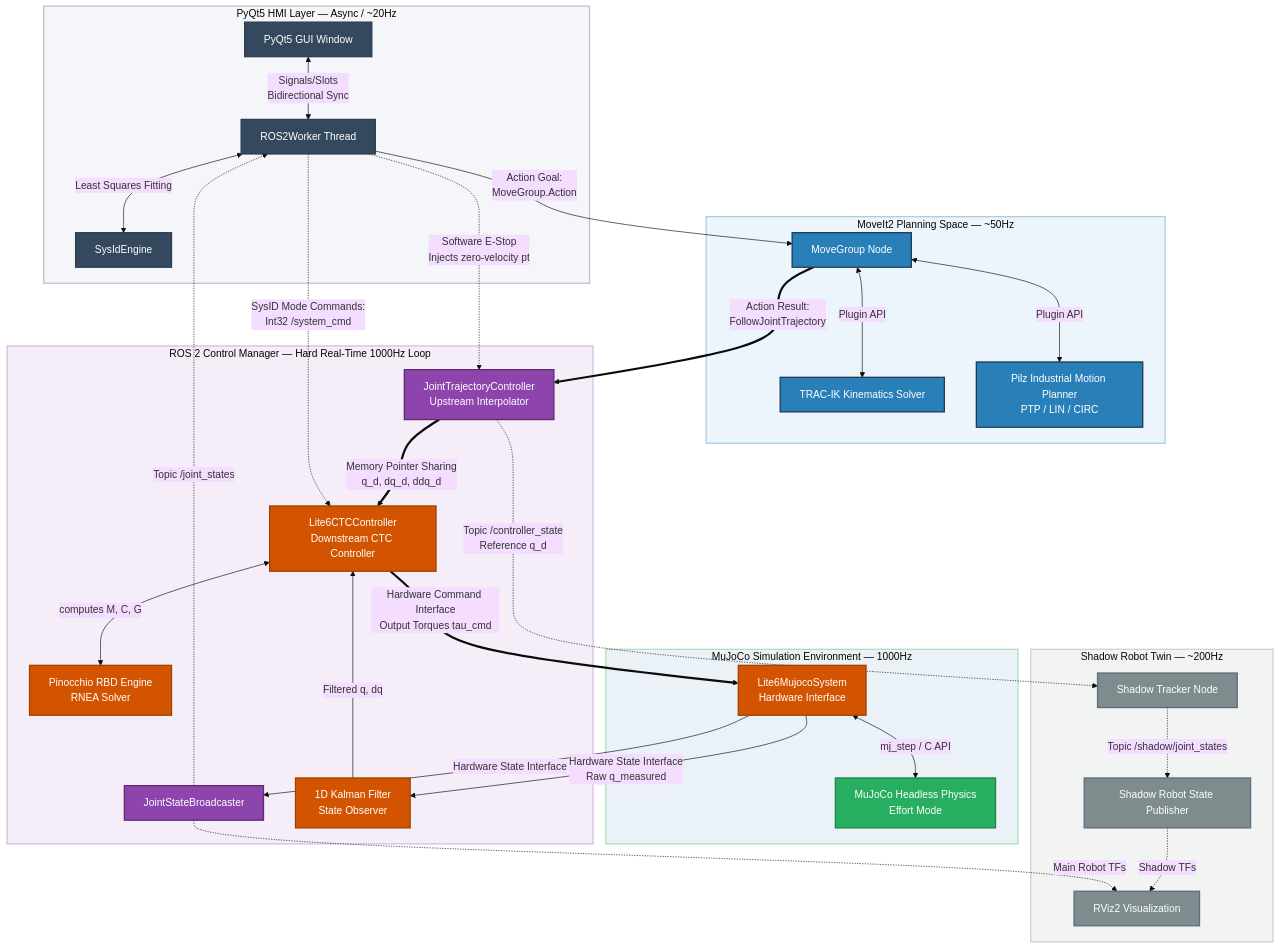
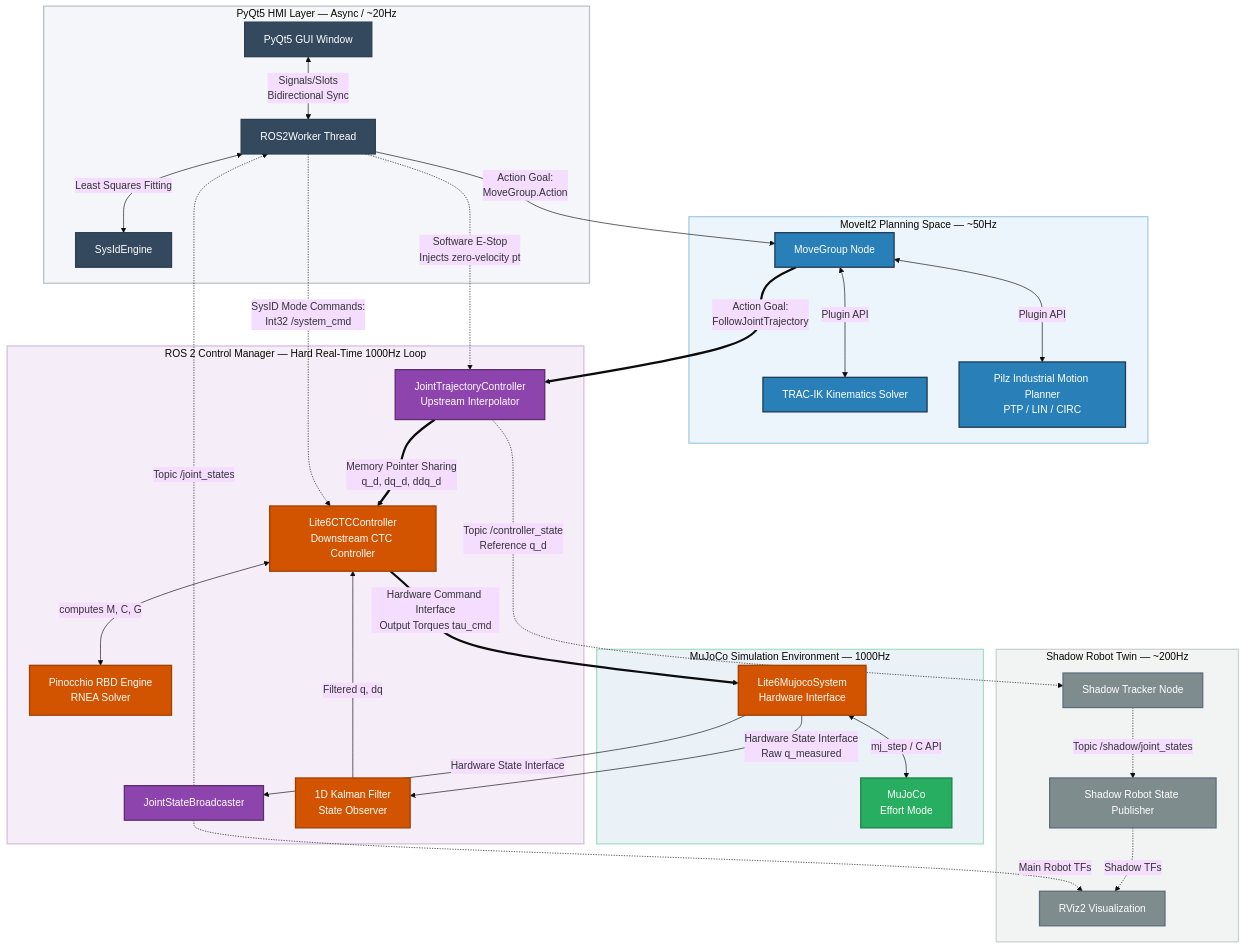
One commit to Tianyi-Wang-1206/ROS-2-Dynamics-Controller-for-Lightweight-6-Axis-Robotic-Arms changed the diagram in README.md. Above: the diagram before and after it, drawn with Mermaid (base theme). The commit also changed other lines of this file, not shown here.

```diff
--- a/README.md
+++ b/README.md
@@ -77,7 +77,7 @@
     %% Subgraph: MuJoCo Simulation Environment (1000Hz)
     subgraph Sub_MuJoCo [MuJoCo Simulation Environment — 1000Hz]
         HW[Lite6MujocoSystem<br/>Hardware Interface]:::Custom
-        Engine[MuJoCo Headless Physics<br/>Effort Mode]:::Physics
+        Engine[MuJoCo<br/>Effort Mode]:::Physics
         HW <-->|mj_step / C API| Engine
     end
 
@@ -90,7 +90,7 @@
 
     %% System Connections (Data Flow)
     Worker -->|Action Goal:<br/>MoveGroup.Action| MGroup
-    MGroup ==>|Action Result:<br/>FollowJointTrajectory| JTC
+    MGroup ==>|Action Goal:<br/>FollowJointTrajectory| JTC
     Worker -.->|Software E-Stop<br/>Injects zero-velocity pt| JTC
     
     %% CTC Inputs & Outputs
```
